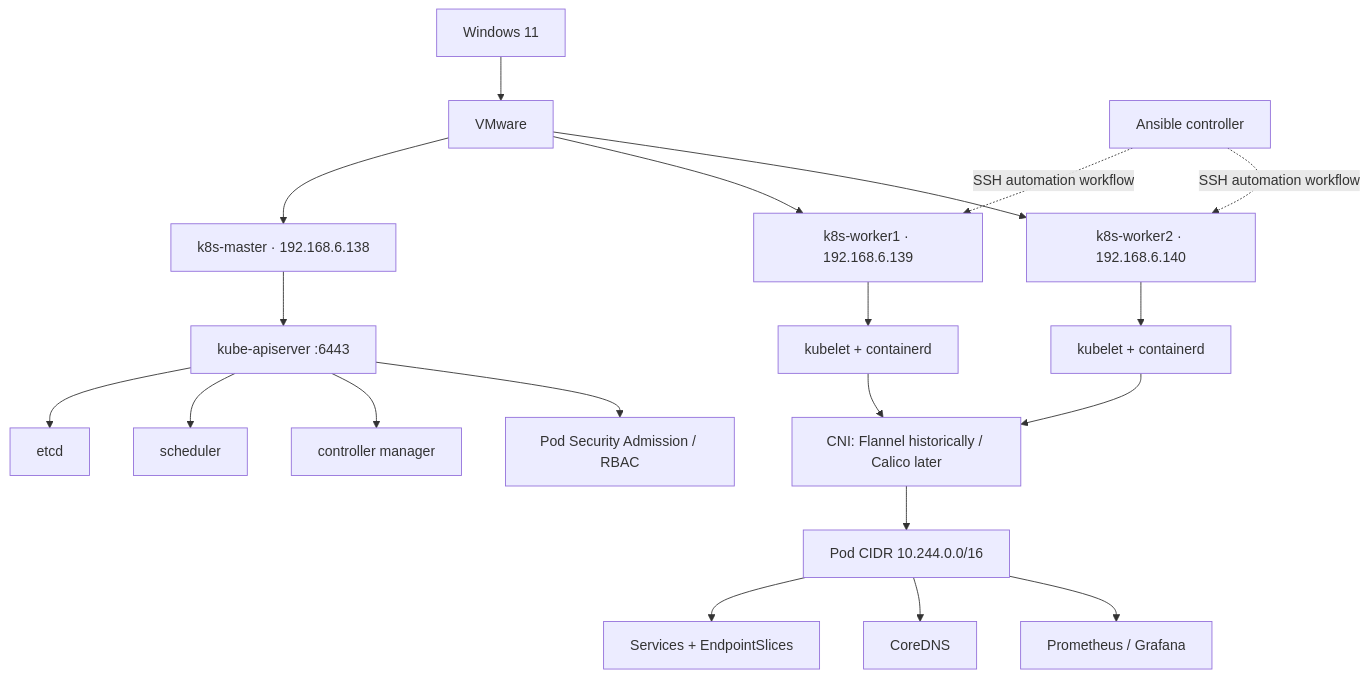
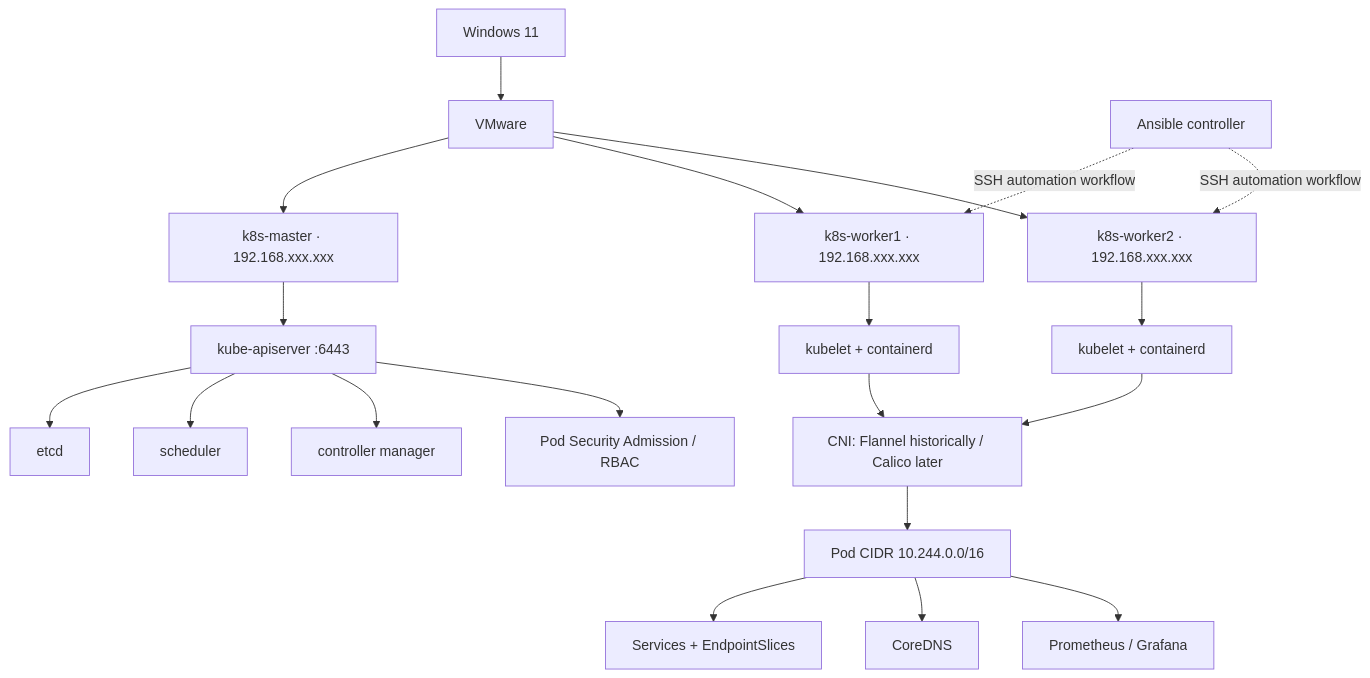
The first of 8 diagrams in diagrams/README.md (Rash499/kubernetes-cluster-lab), drawn with Mermaid before and after one commit. The commit also changed other lines of this file, not shown here.

Commit message:
Mask private LAN IP addresses in public lab docs

````diff
--- a/diagrams/README.md
+++ b/diagrams/README.md
@@ -7,22 +7,22 @@
 ```mermaid
 flowchart TB
   Host["Windows 11"] --> VMware["VMware"]
-  VMware --> CP["k8s-master · 192.168.6.138"]
-  VMware --> W1["k8s-worker1 · 192.168.6.139"]
-  VMware --> W2["k8s-worker2 · 192.168.6.140"]
+  VMware --> CP["k8s-master · 192.168.xxx.xxx"]
+  VMware --> W1["k8s-worker1 · 192.168.xxx.xxx"]
+  VMware --> W2["k8s-worker2 · 192.168.xxx.xxx"]
   CP --> API["kube-apiserver :6443"]
   API --> ETCD["etcd"]
   API --> SCH["scheduler"]
   API --> CCM["controller manager"]
   W1 --> K1["kubelet + containerd"]
   W2 --> K2["kubelet + containerd"]
   K1 --> CNI["CNI: Flannel historically / Calico later"]
   K2 --> CNI
   CNI --> Pods["Pod CIDR 10.244.0.0/16"]
   Pods --> Svc["Services + EndpointSlices"]
   Pods --> DNS["CoreDNS"]
   API --> Security["Pod Security Admission / RBAC"]
   Pods --> Monitor["Prometheus / Grafana"]
   Ansible["Ansible controller"] -. "SSH automation workflow" .-> W1
   Ansible -. "SSH automation workflow" .-> W2
 ```
````
